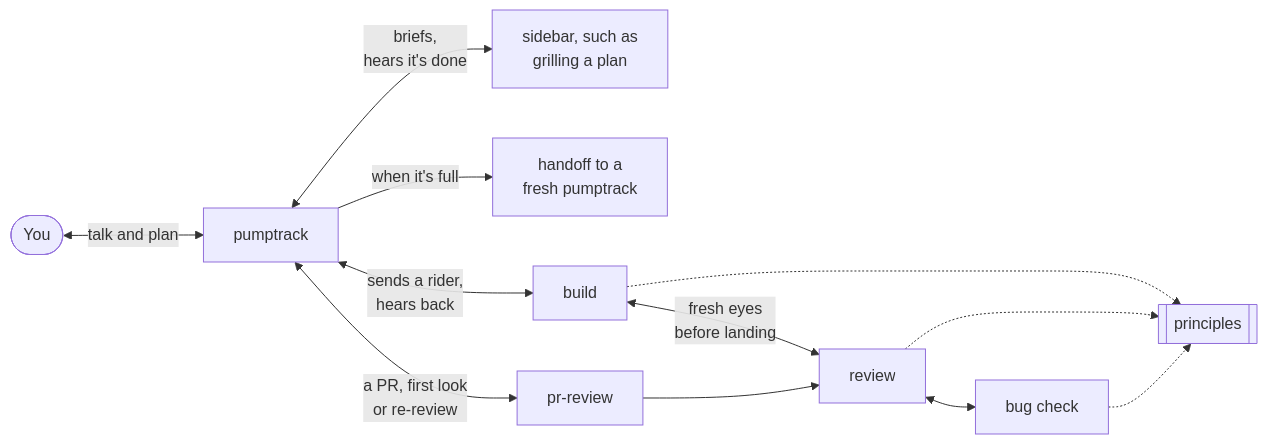
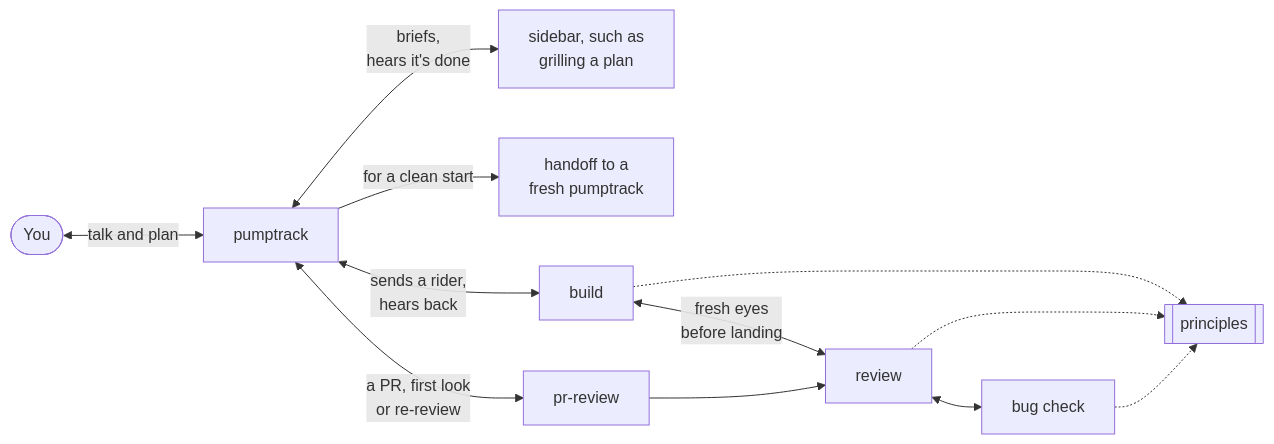
The first of 2 diagrams in README.md (brandonbews/pumptrack), drawn with Mermaid before and after one commit. The commit also changed other lines of this file, not shown here.

Commit message:
README: long sessions carry on through compaction; handoffs are for a clean start

````diff
--- a/README.md
+++ b/README.md
@@ -26,14 +26,14 @@
 ```mermaid
 flowchart LR
   you(["You"]) <-->|talk and plan| pt["pumptrack"]
   pt <-->|"briefs,<br/>hears it's done"| sidebar["sidebar, such as<br/>grilling a plan"]
-  pt -->|"when it's full"| handoff["handoff to a<br/>fresh pumptrack"]
+  pt -->|"for a clean start"| handoff["handoff to a<br/>fresh pumptrack"]
   pt <-->|"sends a rider,<br/>hears back"| build["build"]
   build <-->|"fresh eyes<br/>before landing"| review["review"]
   pt <-->|"a PR, first look<br/>or re-review"| prreview["pr-review"]
   prreview --> review
   review <--> bugs["bug check"]
   build -.-> principles[["principles"]]
   review -.-> principles
   bugs -.-> principles
 ```
````
